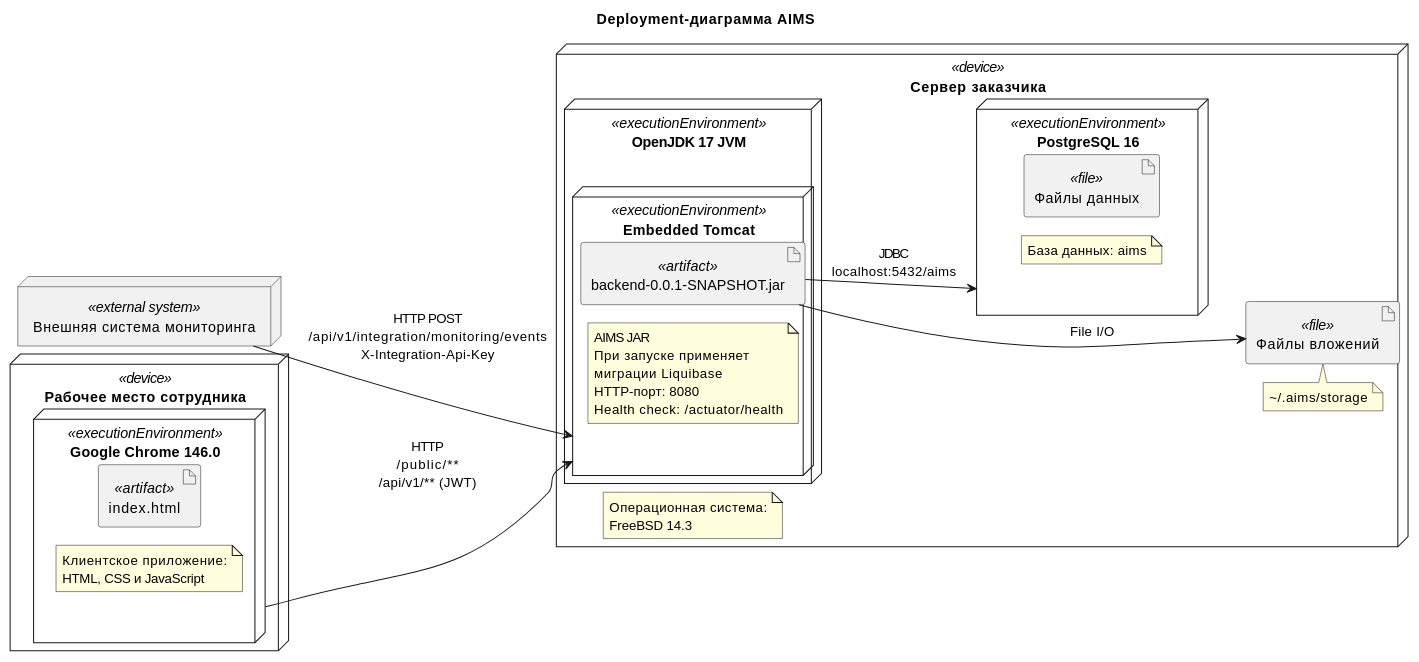
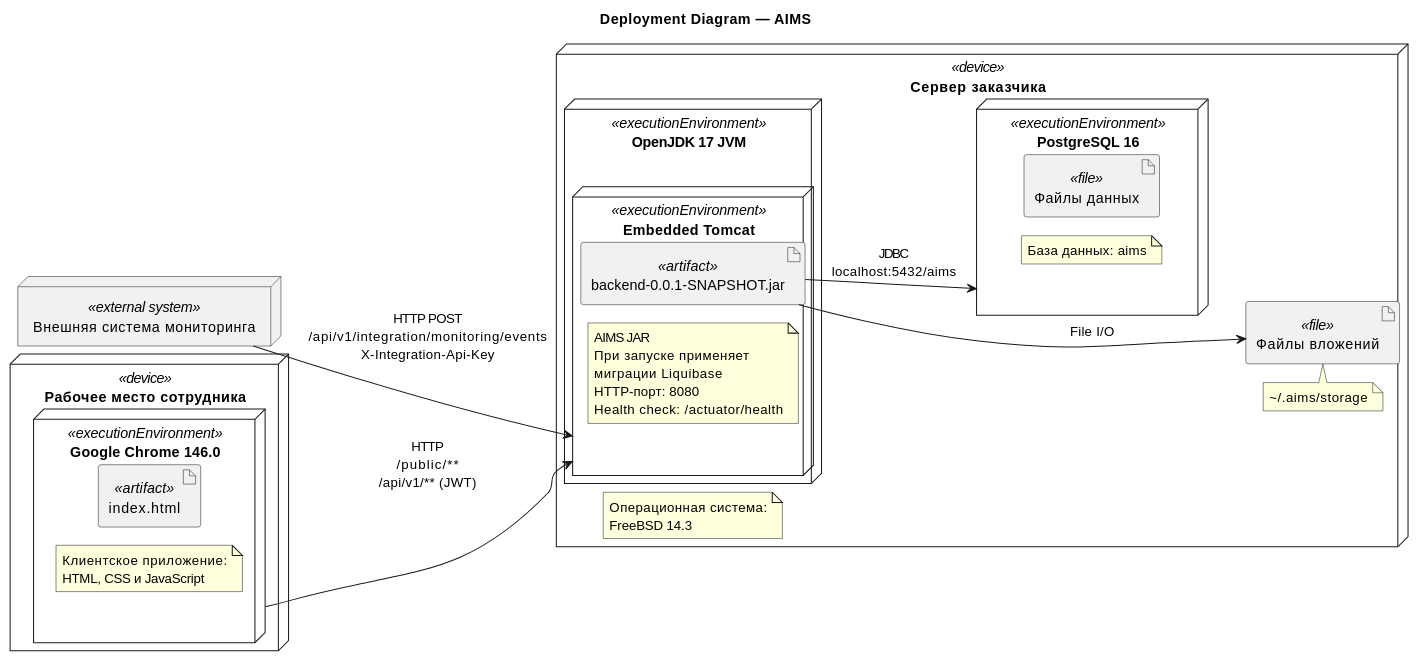
One commit to Andryss/AIMS changed the diagram in docs/deployment.md. Above: the diagram before and after it, drawn with PlantUML. The commit also changed 31 other files, not shown here.

````diff
--- a/docs/deployment.md
+++ b/docs/deployment.md
@@ -3,63 +3,63 @@
 ```plantuml
 @startuml aims_deployment
 !pragma layout smetana
-title Deployment-диаграмма AIMS
+title Deployment Diagram — AIMS
 
 skinparam linetype ortho
 skinparam shadowing false
 left to right direction
 
 node "Рабочее место сотрудника" <<device>> as workstation {
   node "Google Chrome 146.0" <<executionEnvironment>> as browser {
     artifact "index.html" <<artifact>> as spa
     note as client_note
       Клиентское приложение:
       HTML, CSS и JavaScript
     end note
   }
 }
 
 node "Внешняя система мониторинга" <<external system>> as monitoring
 
 node "Сервер заказчика" <<device>> as server {
   note as server_note
     Операционная система:
     FreeBSD 14.3
   end note
 
   node "OpenJDK 17 JVM" <<executionEnvironment>> as jvm {
     node "Embedded Tomcat" <<executionEnvironment>> as tomcat {
       artifact "backend-0.0.1-SNAPSHOT.jar" <<artifact>> as backend
       note as application_note
         AIMS JAR
         При запуске применяет
         миграции Liquibase
         HTTP-порт: 8080
         Health check: /actuator/health
       end note
     }
   }
 
   node "PostgreSQL 16" <<executionEnvironment>> as database {
     artifact "Файлы данных" <<file>> as database_files
     note as database_note
       База данных: aims
     end note
   }
 
   artifact "Файлы вложений" <<file>> as storage
   note top of storage
     <U+007E>/.aims/storage
   end note
 
   jvm -[hidden]right-> database
   database -[hidden]down-> storage
 }
 
 browser --> tomcat : HTTP\n/public/**\n/api/v1/** (JWT)
 monitoring --> tomcat : HTTP POST\n/api/v1/integration/monitoring/events\nX-Integration-Api-Key
 backend --> database : JDBC\nlocalhost:5432/aims
 backend --> storage : File I/O
 
 @enduml
 ```
````
